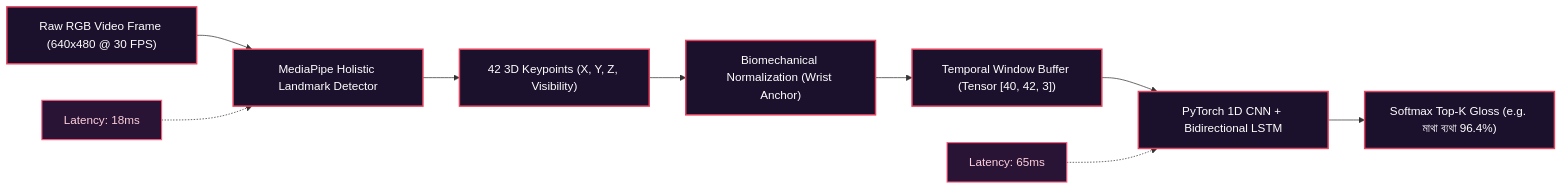
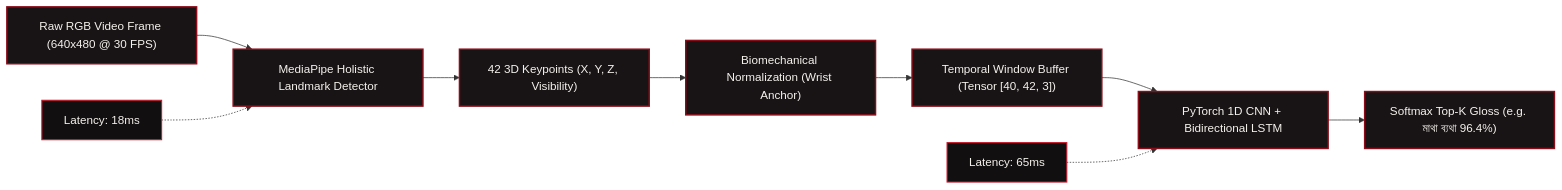
One commit to mohammademon10/Bhasha-Drishti changed the second of 6 diagrams in README.md. Above: the diagram before and after it, drawn with Mermaid. The commit also changed other lines of this file and 16 other files, not shown here.

````diff
--- a/README.md
+++ b/README.md
@@ -111,15 +111,15 @@
 ```mermaid
 flowchart LR
-    classDef nodeStyle fill:#1C112C,stroke:#E94560,stroke-width:2px,color:#FFFFFF;
-    classDef latencyStyle fill:#2A1436,stroke:#FF5E7E,stroke-width:1.5px,color:#FFD1DC;
+    classDef nodeStyle fill:#181415,stroke:#8B0D1A,stroke-width:2px,color:#F5F2ED;
+    classDef latencyStyle fill:#120F10,stroke:#C71B2F,stroke-width:1.5px,color:#F5F2ED;
 
     A["Raw RGB Video Frame (640x480 @ 30 FPS)"]:::nodeStyle --> B["MediaPipe Holistic Landmark Detector"]:::nodeStyle
     B --> C["42 3D Keypoints (X, Y, Z, Visibility)"]:::nodeStyle
     C --> D["Biomechanical Normalization (Wrist Anchor)"]:::nodeStyle
     D --> E["Temporal Window Buffer (Tensor [40, 42, 3])"]:::nodeStyle
     E --> F["PyTorch 1D CNN + Bidirectional LSTM"]:::nodeStyle
     F --> G["Softmax Top-K Gloss (e.g. মাথা ব্যথা 96.4%)"]:::nodeStyle
 
     L1["Latency: 18ms"]:::latencyStyle -.-> B
     L2["Latency: 65ms"]:::latencyStyle -.-> F
 ```
````
